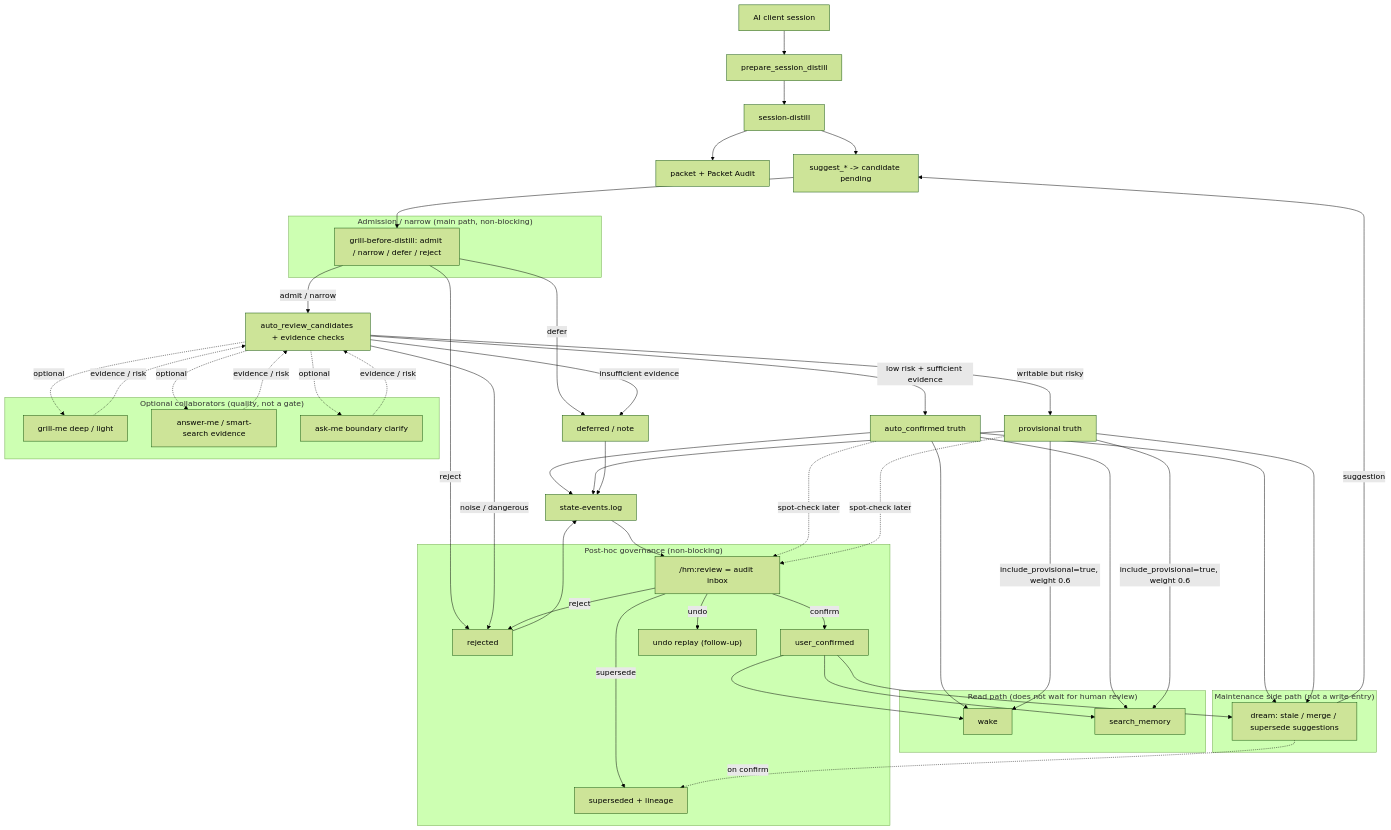
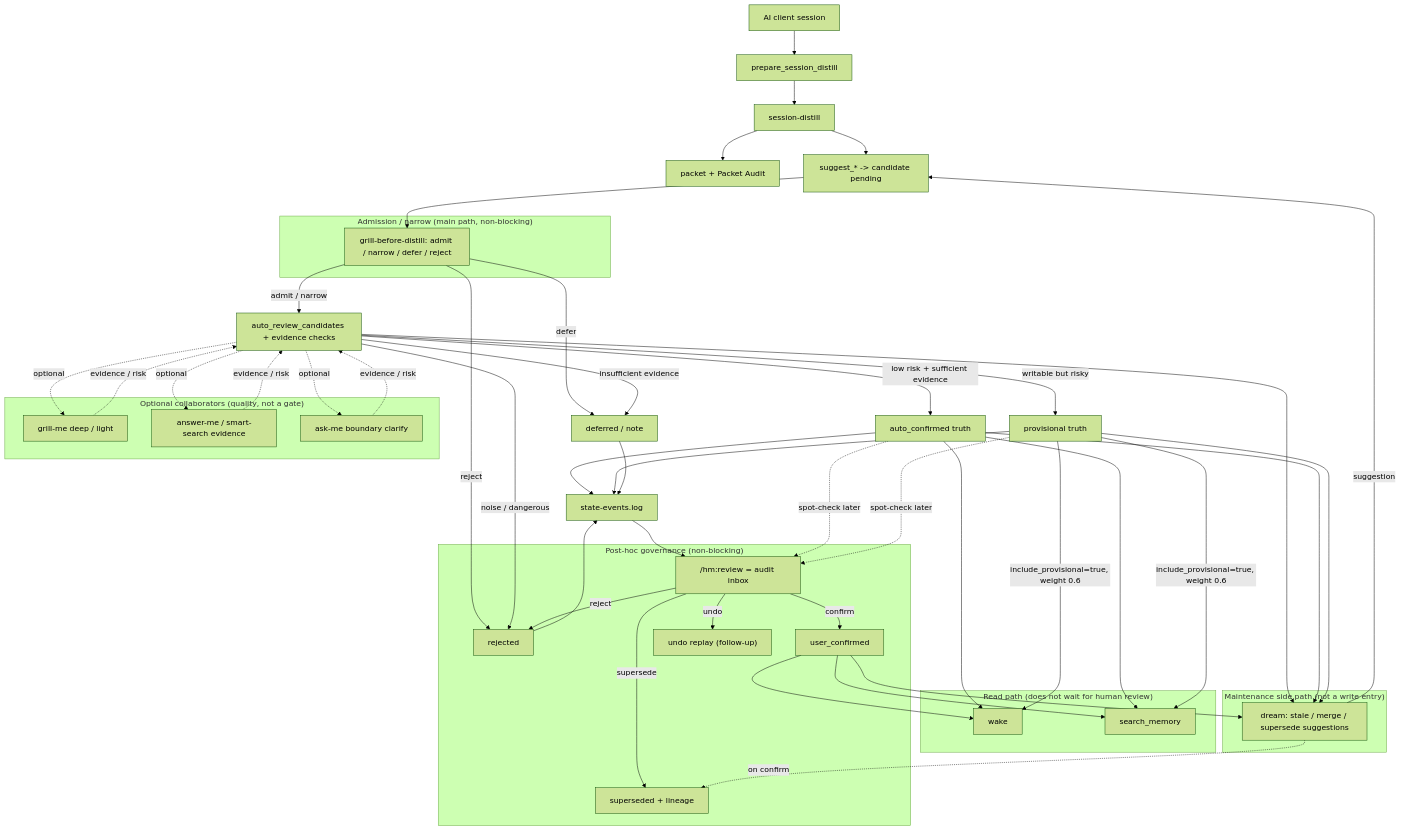
One commit to manhua-man/harness-mem changed the first of 3 diagrams in docs/auto-promoted-memory-governance.md. Above: the diagram before and after it, drawn with Mermaid (forest theme). The commit also changed 43 other files, not shown here.

````diff
--- a/docs/auto-promoted-memory-governance.md
+++ b/docs/auto-promoted-memory-governance.md
@@ -44,65 +44,66 @@
 ```mermaid
 flowchart TD
     SRC["AI client session"] --> PREP["prepare_session_distill"]
     PREP --> SD["session-distill"]
     SD --> PKT["packet + Packet Audit"]
     SD --> CAND["suggest_* -> candidate pending"]
 
     subgraph ADMISSION["Admission / narrow (main path, non-blocking)"]
         G["grill-before-distill: admit / narrow / defer / reject"]
     end
 
     CAND --> G
     G -->|admit / narrow| PREF["auto_review_candidates + evidence checks"]
+    PREF --> DREAM["Dream maintenance"]
     G -->|defer| DEFERRED["deferred / note"]
     G -->|reject| REJECTED["rejected"]
 
     subgraph HELPERS["Optional collaborators (quality, not a gate)"]
         H1["grill-me deep / light"]
         H2["answer-me / smart-search evidence"]
         H3["ask-me boundary clarify"]
     end
 
     PREF -.optional.-> H1
     PREF -.optional.-> H2
     PREF -.optional.-> H3
     H1 & H2 & H3 -.evidence / risk.-> PREF
 
     PREF -->|low risk + sufficient evidence| AUTO["auto_confirmed truth"]
     PREF -->|writable but risky| PROV["provisional truth"]
     PREF -->|insufficient evidence| DEFERRED
     PREF -->|noise / dangerous| REJECTED
 
     AUTO --> LEDGER["state-events.log"]
     PROV --> LEDGER
     DEFERRED --> LEDGER
     REJECTED --> LEDGER
 
     subgraph READ["Read path (does not wait for human review)"]
         WAKE["wake"]
         SEARCH["search_memory"]
     end
 
     AUTO --> WAKE & SEARCH
     PROV -->|"include_provisional=true, weight 0.6"| WAKE & SEARCH
     USER["user_confirmed"] --> WAKE & SEARCH
 
     subgraph AUDIT["Post-hoc governance (non-blocking)"]
         INBOX["/hm:review = audit inbox"]
         INBOX -->|confirm| USER
         INBOX -->|reject| REJECTED
         INBOX -->|undo| UNDO["undo replay (follow-up)"]
         INBOX -->|supersede| SUPER["superseded + lineage"]
     end
 
     LEDGER --> INBOX
     AUTO & PROV -.spot-check later.-> INBOX
 
     subgraph MAINTAIN["Maintenance side path (not a write entry)"]
         DREAM["dream: stale / merge / supersede suggestions"]
     end
 
     AUTO & PROV & USER --> DREAM
     DREAM -->|suggestion| CAND
     DREAM -.on confirm.-> SUPER
 ```
````
